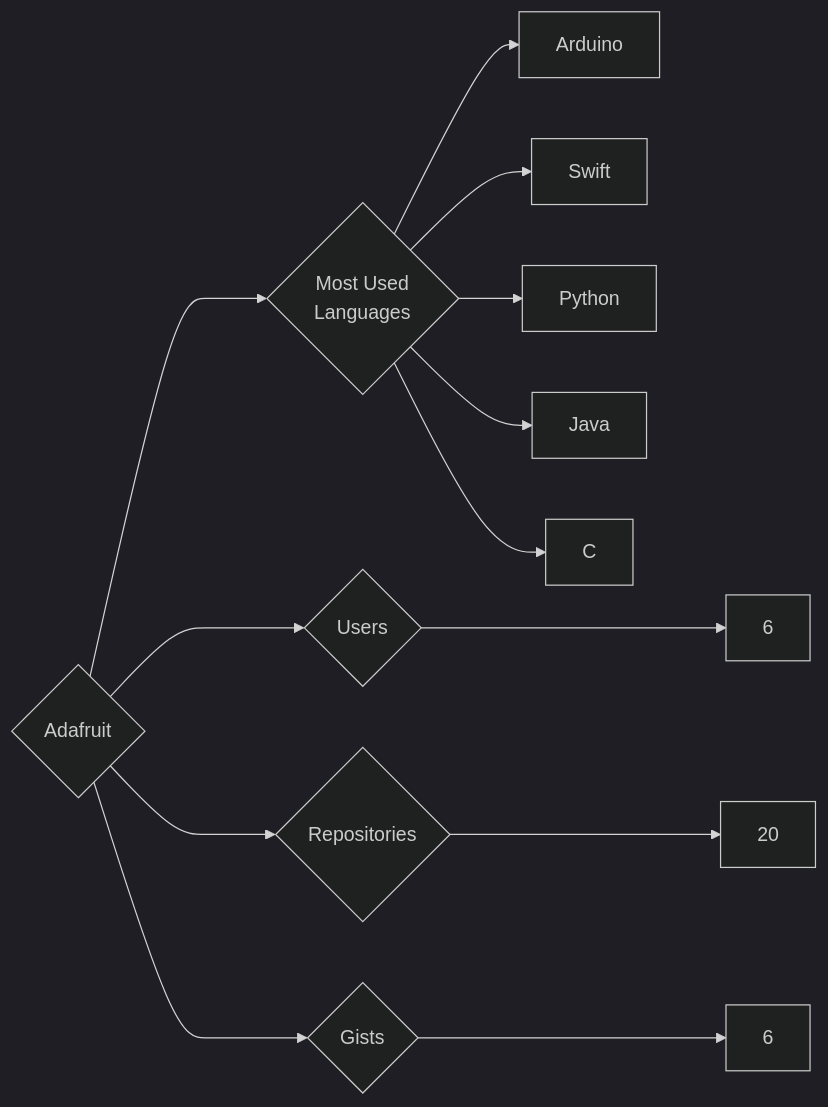
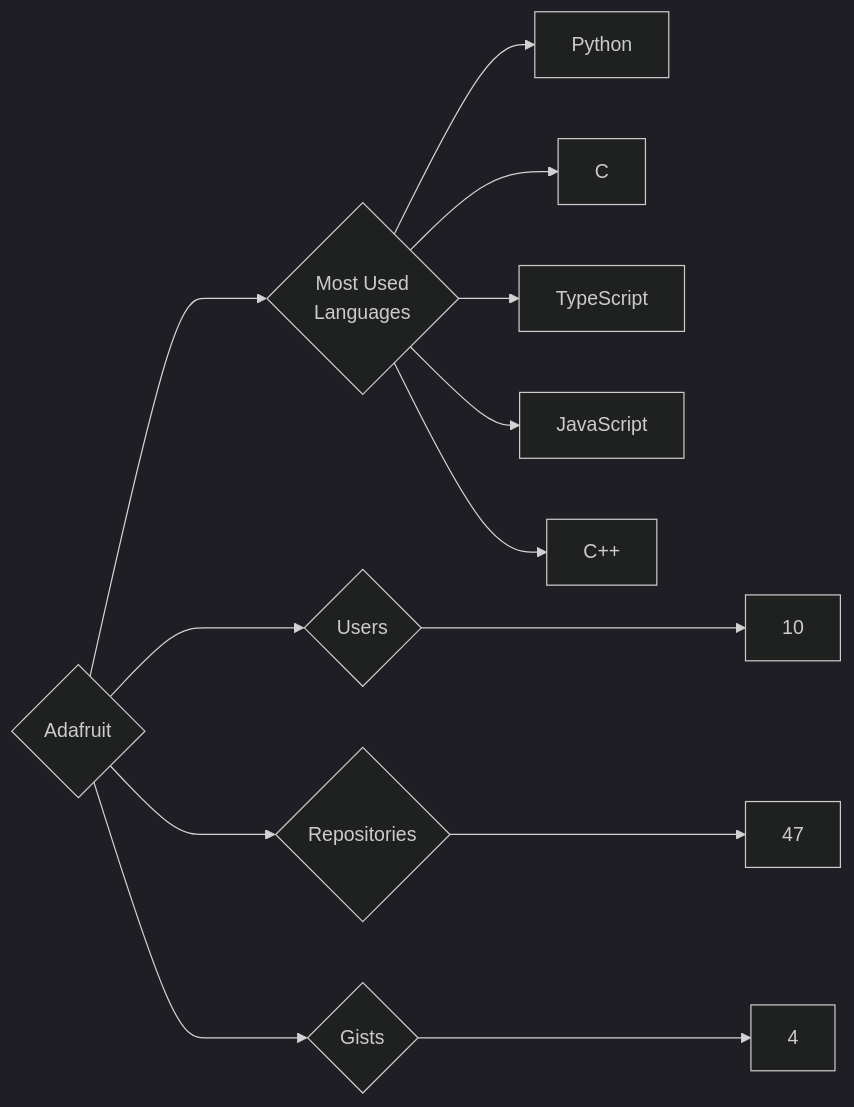
The diagram in targets/Adafruit/README.md (trickest/insiders), drawn with Mermaid (dark theme) before and after one commit. The commit also changed 859 other files, not shown here.

````diff
--- a/targets/Adafruit/README.md
+++ b/targets/Adafruit/README.md
@@ -3,13 +3,13 @@
 ```mermaid
 graph LR
 COMPANY_NAME{Adafruit}
-COMPANY_NAME ---> U{Users} ---> UN[6]
-COMPANY_NAME ---> R{Repositories} ---> RN[20]
-COMPANY_NAME ---> G{Gists} ---> GN[6]
+COMPANY_NAME ---> U{Users} ---> UN[10]
+COMPANY_NAME ---> R{Repositories} ---> RN[47]
+COMPANY_NAME ---> G{Gists} ---> GN[4]
 COMPANY_NAME ---> ML{Most Used<br>Languages}
-ML --> Arduino[Arduino]
-ML --> Swift[Swift]
 ML --> Python[Python]
-ML --> Java[Java]
 ML --> C[C]
+ML --> TypeScript[TypeScript]
+ML --> JavaScript[JavaScript]
+ML --> C++[C++]
 ```
````
